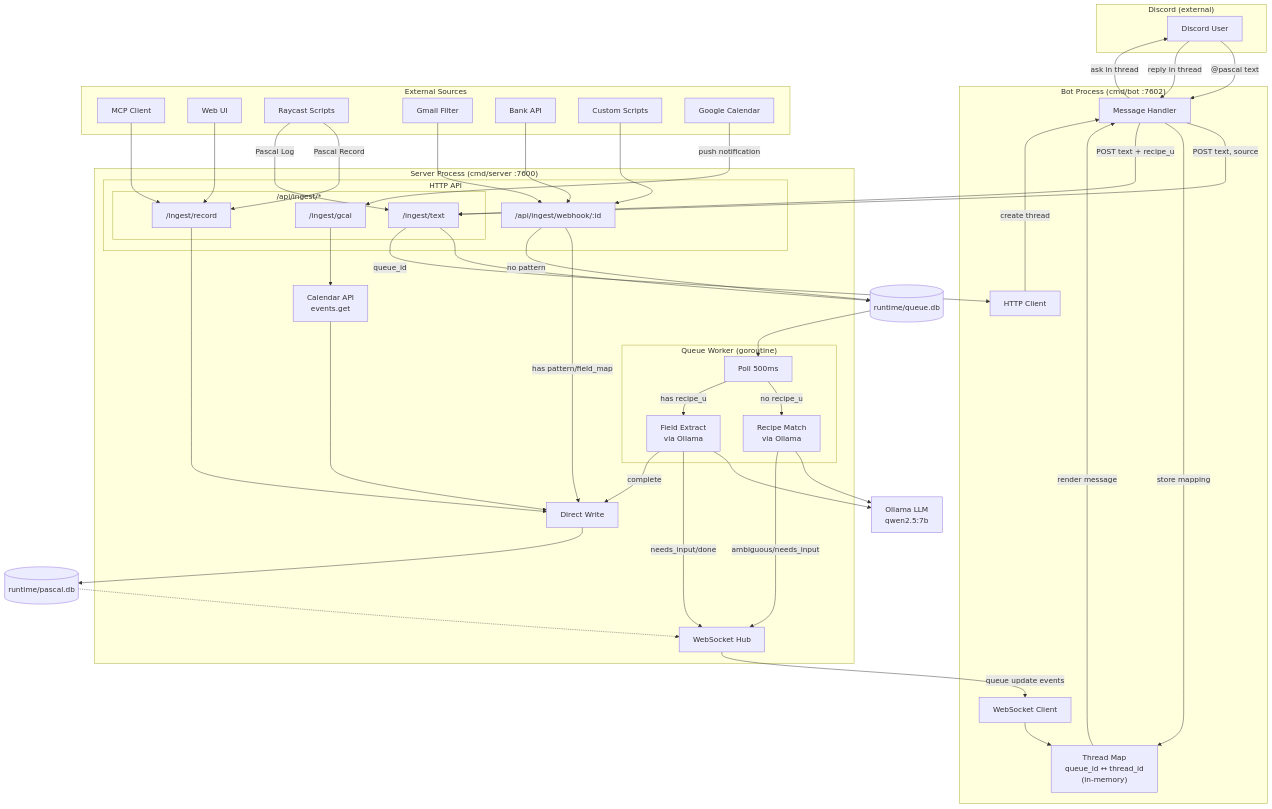
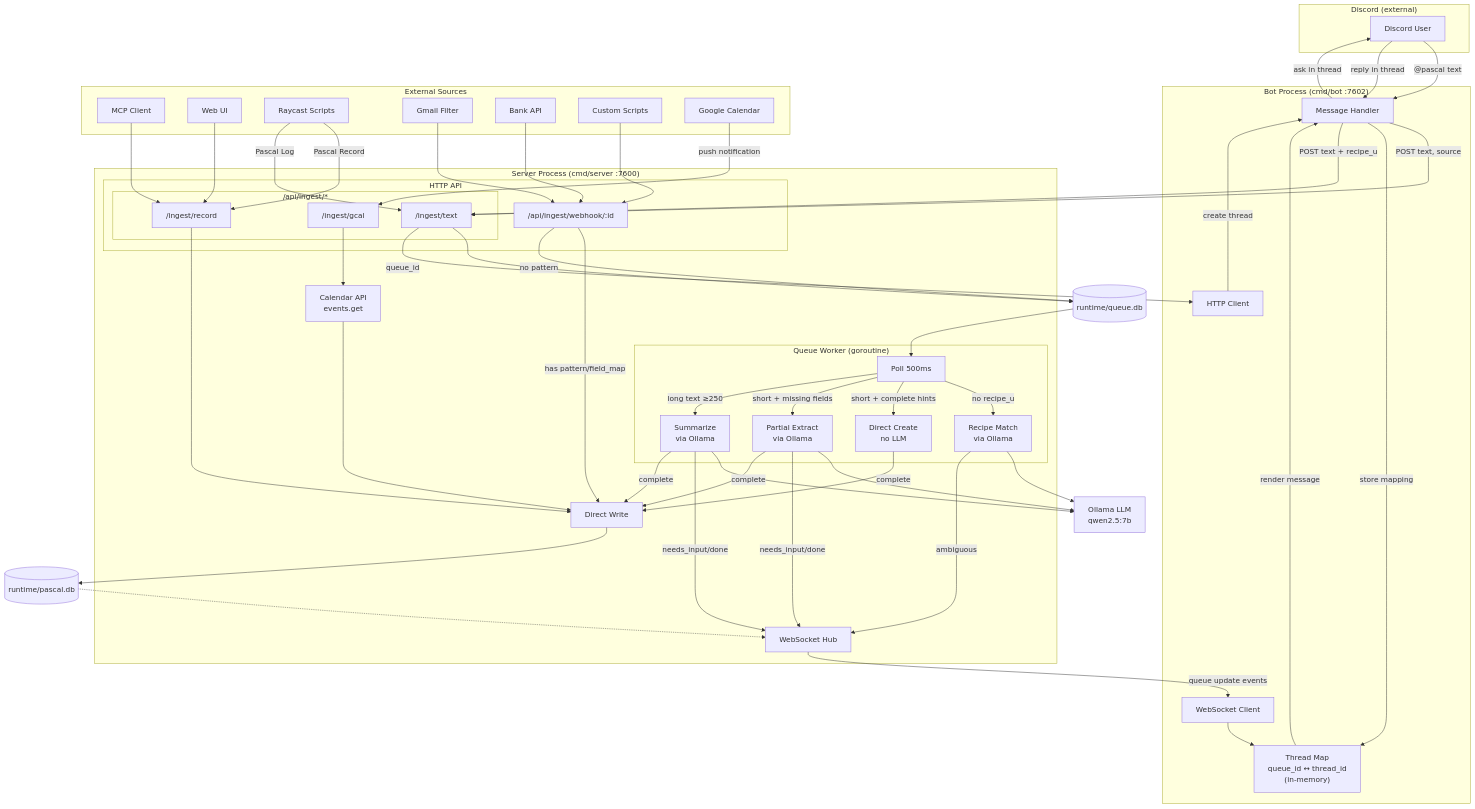
One commit to peatiscoding/pascal changed the first of 3 diagrams in ingestion.md. Above: the diagram before and after it, drawn with Mermaid. The commit also changed other lines of this file and 5 other files, not shown here.

```diff
--- a/ingestion.md
+++ b/ingestion.md
@@ -30,7 +30,9 @@
         subgraph Worker["Queue Worker (goroutine)"]
             Poll[Poll 500ms]
             RecipeMatch[Recipe Match\nvia Ollama]
-            FieldExtract[Field Extract\nvia Ollama]
+            DirectCreate[Direct Create\nno LLM]
+            PartialExtract[Partial Extract\nvia Ollama]
+            Summarize[Summarize\nvia Ollama]
         end
 
         DirectWrite[Direct Write]
@@ -63,13 +65,19 @@
     QueueDB --> Poll
     Poll -->|no recipe_u| RecipeMatch
     RecipeMatch --> Ollama
-    Poll -->|has recipe_u| FieldExtract
-    FieldExtract --> Ollama
+    Poll -->|"short + complete hints"| DirectCreate
+    Poll -->|"short + missing fields"| PartialExtract
+    Poll -->|"long text ≥250"| Summarize
+    PartialExtract --> Ollama
+    Summarize --> Ollama
 
     %% Worker push updates via WebSocket
-    RecipeMatch -->|"ambiguous/needs_input"| WSHub
-    FieldExtract -->|"needs_input/done"| WSHub
-    FieldExtract -->|complete| DirectWrite
+    RecipeMatch -->|"ambiguous"| WSHub
+    PartialExtract -->|"needs_input/done"| WSHub
+    Summarize -->|"needs_input/done"| WSHub
+    DirectCreate -->|complete| DirectWrite
+    PartialExtract -->|complete| DirectWrite
+    Summarize -->|complete| DirectWrite
 
     WSHub -->|queue update events| WSClient
     WSClient --> ThreadMap
```
